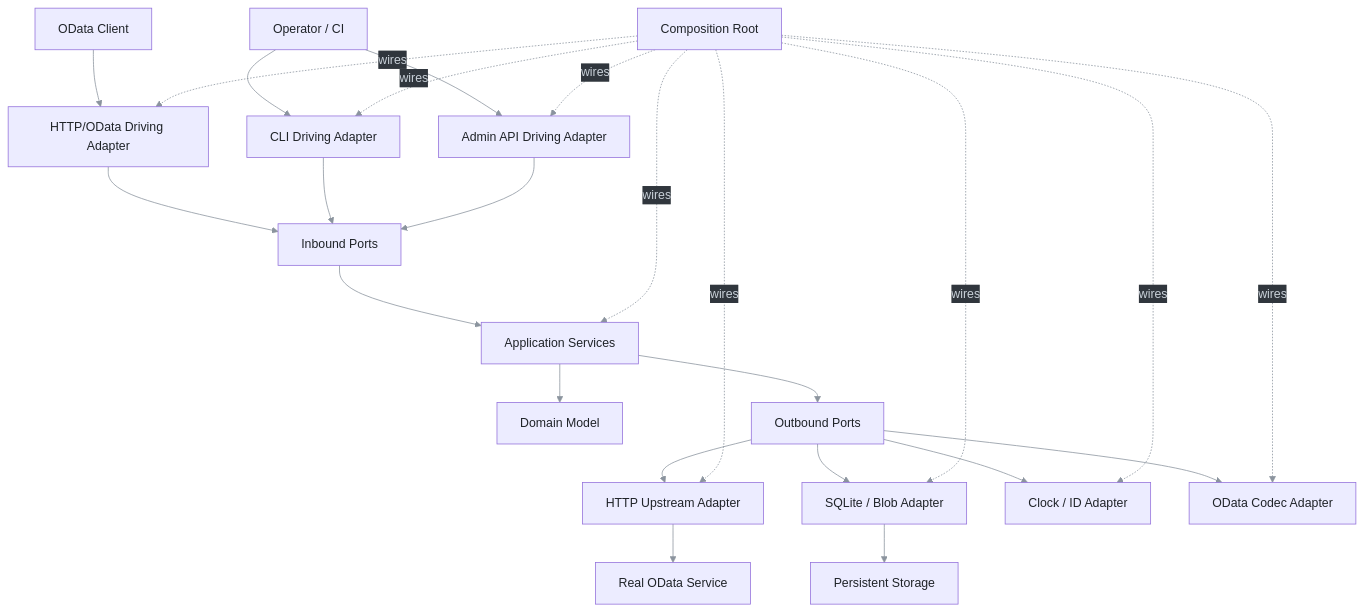
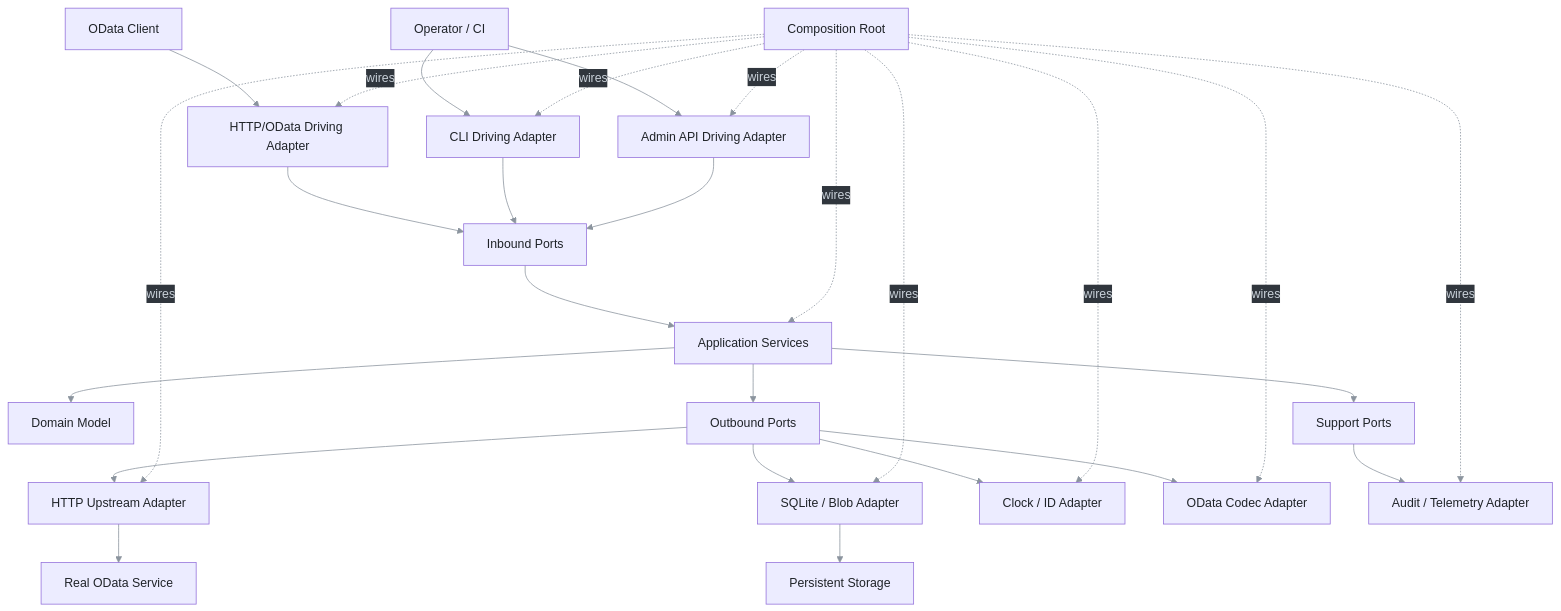
One commit to pt9912/odata-recorder changed the first of 11 diagrams in spec/architecture.md. Above: the diagram before and after it, drawn with Mermaid. The commit also changed other lines of this file and 1 other file, not shown here.

````diff
--- a/spec/architecture.md
+++ b/spec/architecture.md
@@ -24,29 +24,32 @@
 ```mermaid
 %%{init: {'themeVariables': {'lineColor': '#8b949e', 'signalColor': '#8b949e', 'signalTextColor': '#8b949e', 'actorLineColor': '#8b949e', 'loopTextColor': '#8b949e', 'textColor': '#c9d1d9', 'primaryTextColor': '#1f2328', 'nodeTextColor': '#1f2328', 'actorTextColor': '#1f2328', 'noteTextColor': '#1f2328', 'edgeLabelBackground': '#30363d'}}}%%
 flowchart TB
   Client[OData Client] --> HTTP[HTTP/OData Driving Adapter]
   Operator[Operator / CI] --> CLI[CLI Driving Adapter]
   Operator --> Admin[Admin API Driving Adapter]
   HTTP --> In[Inbound Ports]
   CLI --> In
   Admin --> In
   In --> Svc[Application Services]
   Svc --> Domain[Domain Model]
   Svc --> Out[Outbound Ports]
   Out --> Upstream[HTTP Upstream Adapter]
   Out --> Store[SQLite / Blob Adapter]
   Out --> Clock[Clock / ID Adapter]
   Out --> Codec[OData Codec Adapter]
+  Svc --> Sup[Support Ports]
+  Sup --> Obs[Audit / Telemetry Adapter]
   Upstream --> Remote[Real OData Service]
   Store --> Disk[Persistent Storage]
   Boot[Composition Root] -. wires .-> HTTP
   Boot -. wires .-> CLI
   Boot -. wires .-> Admin
   Boot -. wires .-> Svc
   Boot -. wires .-> Upstream
   Boot -. wires .-> Store
   Boot -. wires .-> Codec
   Boot -. wires .-> Clock
+  Boot -. wires .-> Obs
   classDef box color:#1f2328
-  class Client,HTTP,Operator,CLI,Admin,In,Svc,Domain,Out,Upstream,Store,Clock,Codec,Remote,Disk,Boot box
+  class Client,HTTP,Operator,CLI,Admin,In,Svc,Domain,Out,Upstream,Store,Clock,Codec,Sup,Obs,Remote,Disk,Boot box
 ```
````
